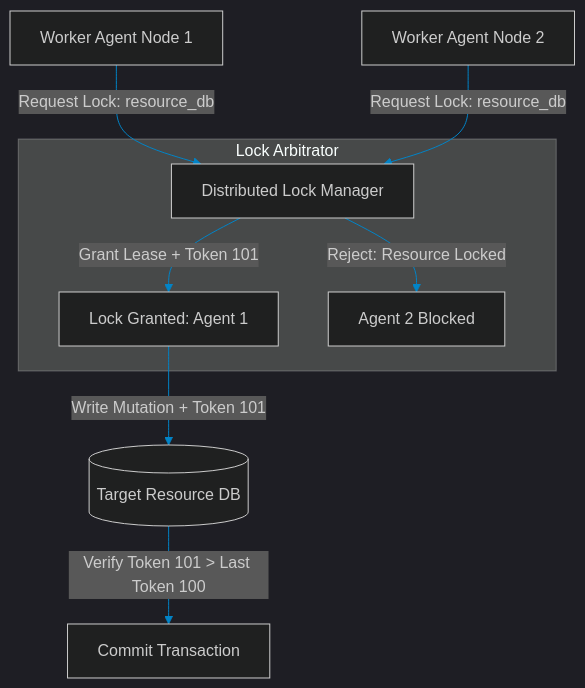
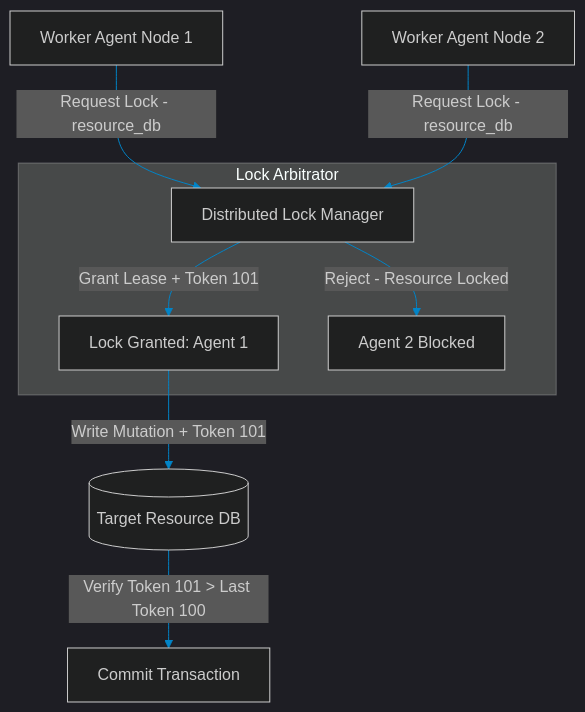
The diagram in blog/posts/system-design-distributed-lock-arbitration-agent-tool-conflicts.md (akmalkhaniub/akmalkhaniub.github.io), drawn with Mermaid before and after one commit. The commit also changed 411 other files, not shown here.

````diff
--- a/blog/posts/system-design-distributed-lock-arbitration-agent-tool-conflicts.md
+++ b/blog/posts/system-design-distributed-lock-arbitration-agent-tool-conflicts.md
@@ -16,14 +16,14 @@
 ```mermaid
 %%{init: {'theme': 'dark', 'themeVariables': { 'primaryColor': '#0284c7', 'primaryTextColor': '#f3f4f6', 'primaryBorderColor': '#38bdf8', 'lineColor': '#0284c7', 'secondaryColor': '#111827', 'tertiaryColor': '#0b0f19'}}}%%
 flowchart TD
-    Agent1[Worker Agent Node 1] -->|Request Lock: resource_db| LockMgr[Distributed Lock Manager]
-    Agent2[Worker Agent Node 2] -->|Request Lock: resource_db| LockMgr
+    Agent1[Worker Agent Node 1] -->|Request Lock - resource_db| LockMgr[Distributed Lock Manager]
+    Agent2[Worker Agent Node 2] -->|Request Lock - resource_db| LockMgr
     
     subgraph SG1_LockArbitrator ["Lock Arbitrator"]
         LockMgr -->|Grant Lease + Token 101| Lease1[Lock Granted: Agent 1]
-        LockMgr -->|Reject: Resource Locked| Lockout[Agent 2 Blocked]
+        LockMgr -->|Reject - Resource Locked| Lockout[Agent 2 Blocked]
     end
     
     Lease1 -->|Write Mutation + Token 101| Storage[(Target Resource DB)]
     Storage -->|Verify Token 101 > Last Token 100| Commit[Commit Transaction]
 ```
````
